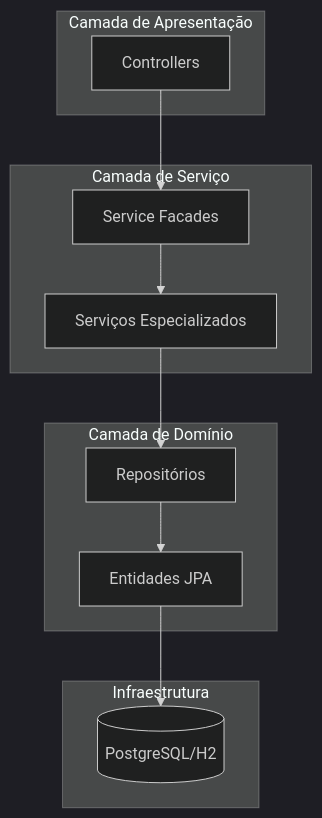
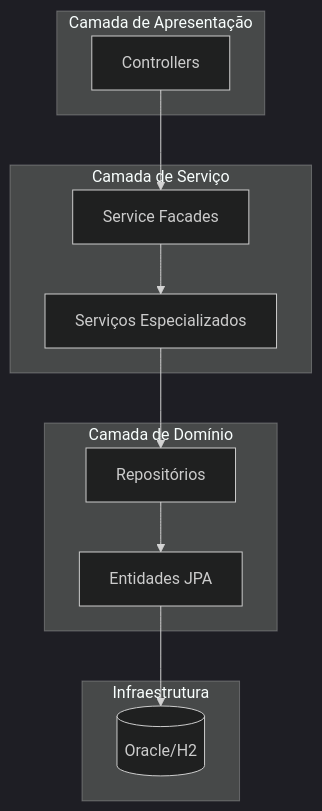
Before and after one commit to lgalvao/sgc: the fourth of 7 diagrams in regras/backend-padroes.md, drawn with Mermaid (dark theme). The commit also changed other lines of this file and 81 other files, not shown here.

````diff
--- a/regras/backend-padroes.md
+++ b/regras/backend-padroes.md
@@ -330,26 +330,26 @@
 ```mermaid
 graph TD
     subgraph "Camada de Apresentação"
         C[Controllers]
     end
     
     subgraph "Camada de Serviço"
         SF[Service Facades]
         SS[Serviços Especializados]
     end
     
     subgraph "Camada de Domínio"
         E[Entidades JPA]
         R[Repositórios]
     end
     
     subgraph "Infraestrutura"
-        DB[(PostgreSQL/H2)]
+        DB[(Oracle/H2)]
     end
     
     C --> SF
     SF --> SS
     SS --> R
     R --> E
     E --> DB
 ```
````
